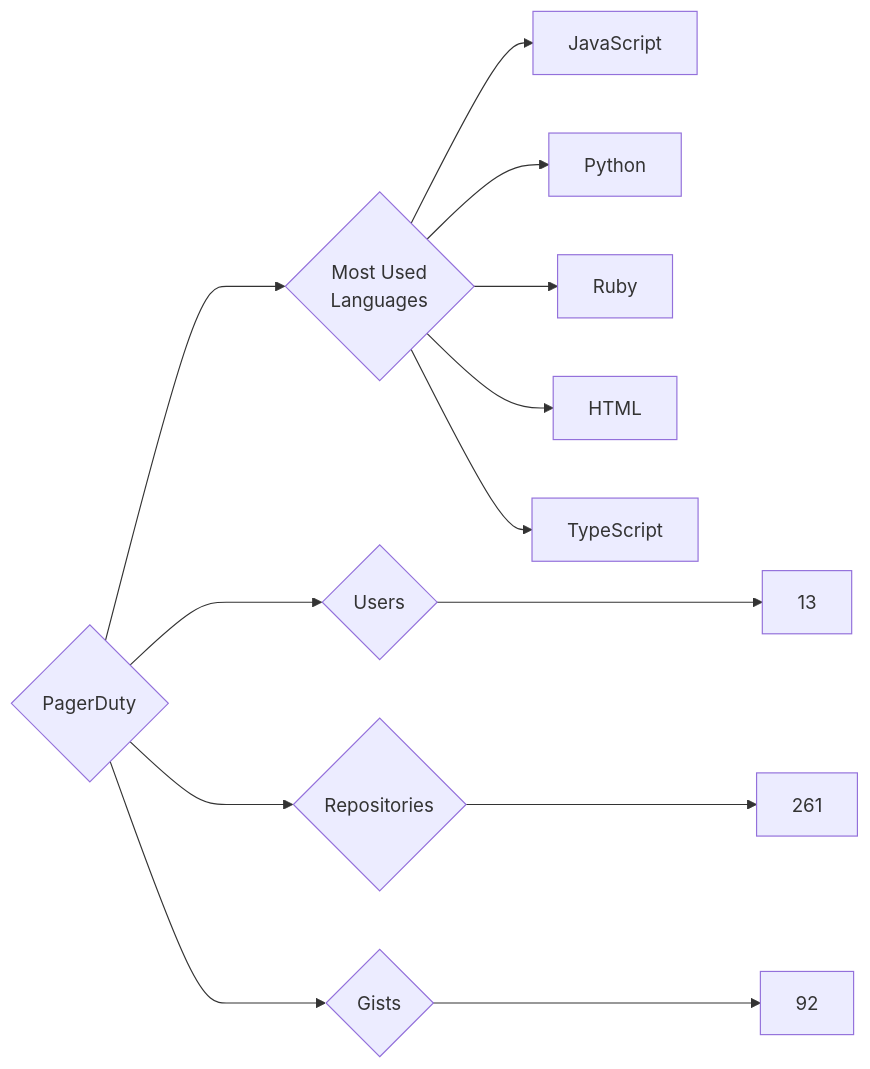
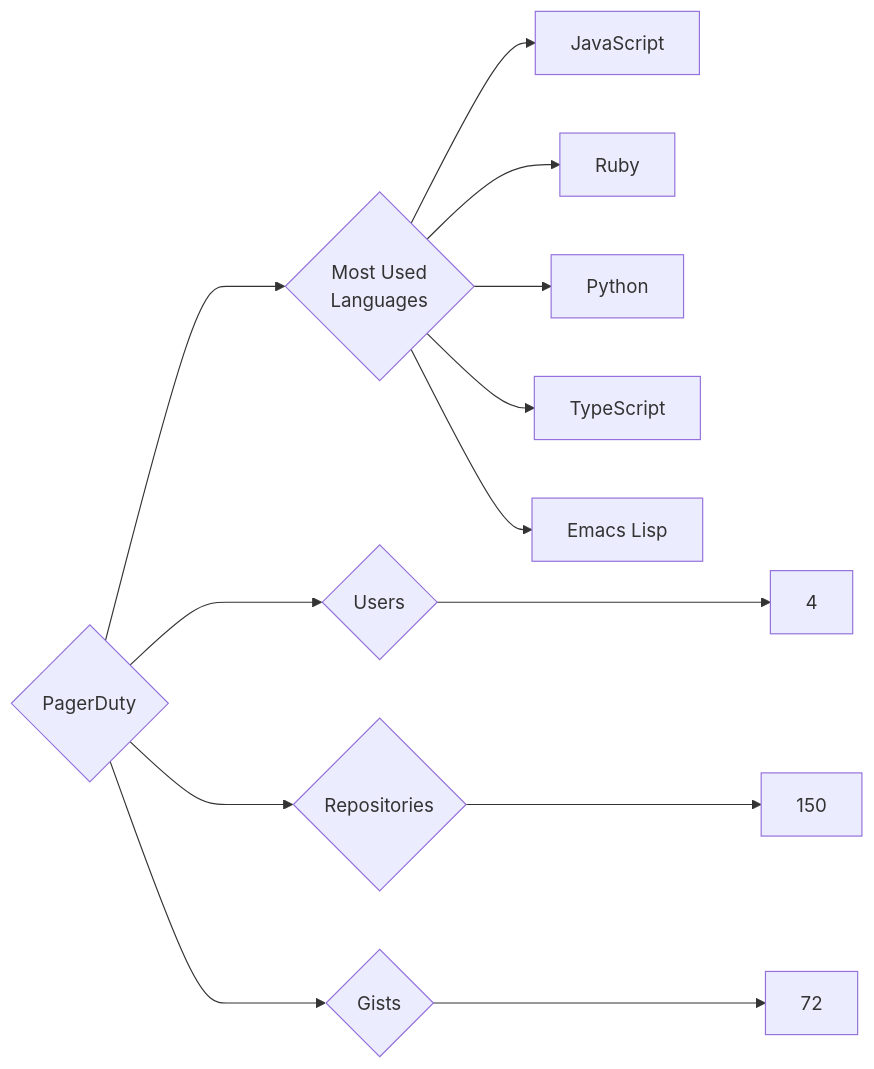
Before and after one commit to trickest/insiders: the diagram in targets/PagerDuty/README.md, drawn with Mermaid. The commit also changed 444 other files, not shown here.

````diff
--- a/targets/PagerDuty/README.md
+++ b/targets/PagerDuty/README.md
@@ -3,13 +3,13 @@
 ```mermaid
 graph LR
 COMPANY_NAME{PagerDuty}
-COMPANY_NAME ---> U{Users} ---> UN[13]
-COMPANY_NAME ---> R{Repositories} ---> RN[261]
-COMPANY_NAME ---> G{Gists} ---> GN[92]
+COMPANY_NAME ---> U{Users} ---> UN[4]
+COMPANY_NAME ---> R{Repositories} ---> RN[150]
+COMPANY_NAME ---> G{Gists} ---> GN[72]
 COMPANY_NAME ---> ML{Most Used<br>Languages}
 ML --> JavaScript[JavaScript]
+ML --> Ruby[Ruby]
 ML --> Python[Python]
-ML --> Ruby[Ruby]
-ML --> HTML[HTML]
 ML --> TypeScript[TypeScript]
+ML --> Emacs_Lisp[Emacs Lisp]
 ```
````
